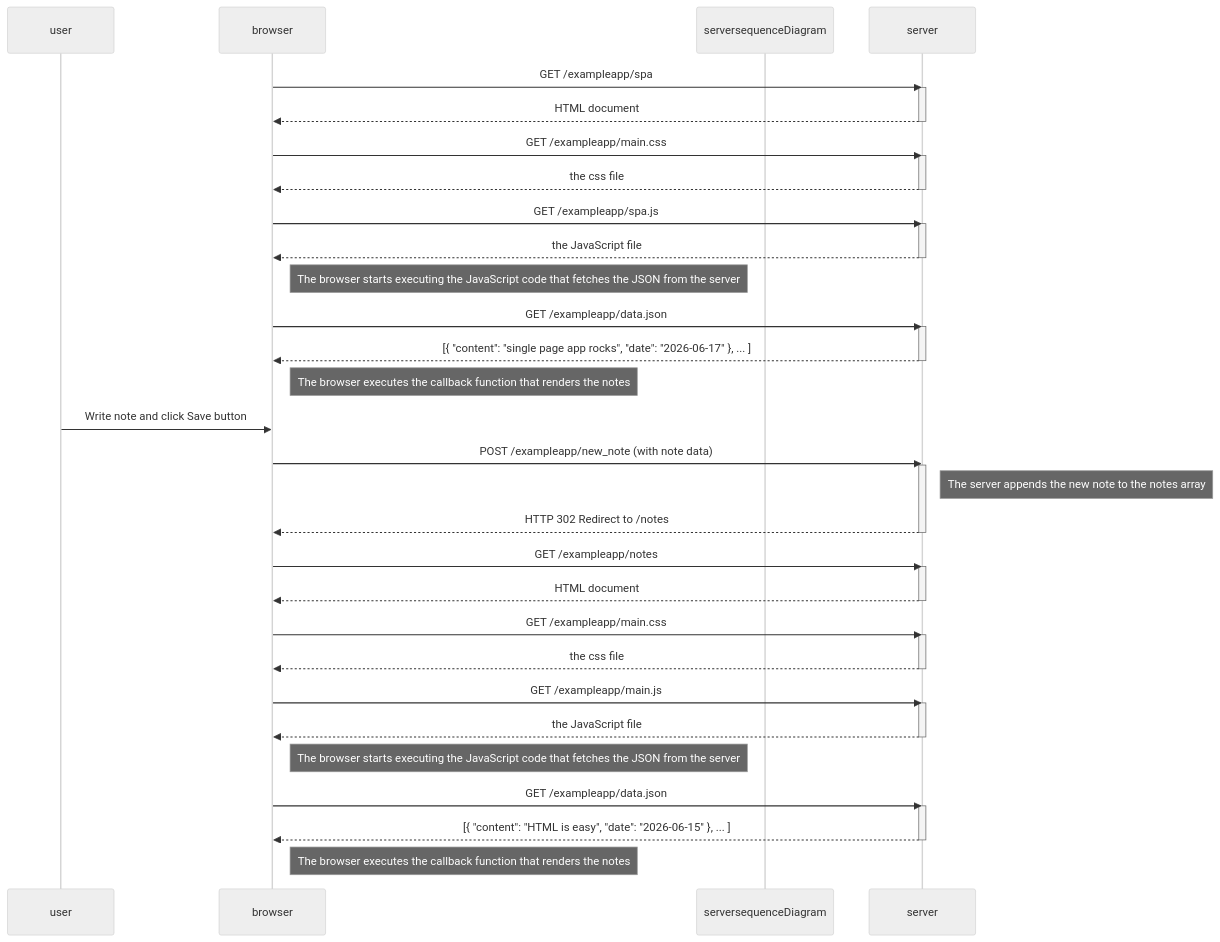
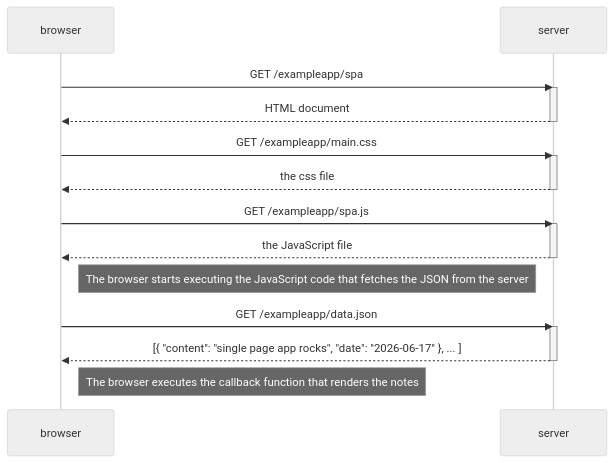
Before and after one commit to imjiiio/fullstackopen-exercises: the diagram in part0/0.5.md, drawn with Mermaid (neutral theme).

Commit message:
fix: editted file 0.5.md

````diff
--- a/part0/0.5.md
+++ b/part0/0.5.md
@@ -3,66 +3,30 @@
 ```mermaid
 sequenceDiagram
-    participant user
-    participant browser
-    participant serversequenceDiagram
     participant browser
     participant server
 
     browser->>server: GET /exampleapp/spa
     activate server
     server-->>browser: HTML document
     deactivate server
 
     browser->>server: GET /exampleapp/main.css
     activate server
     server-->>browser: the css file
     deactivate server
 
     browser->>server: GET /exampleapp/spa.js
     activate server
     server-->>browser: the JavaScript file
     deactivate server
 
     Note right of browser: The browser starts executing the JavaScript code that fetches the JSON from the server
 
     browser->>server: GET /exampleapp/data.json
     activate server
     server-->>browser: [{ "content": "single page app rocks", "date": "2026-06-17" }, ... ]
     deactivate server
 
     Note right of browser: The browser executes the callback function that renders the notes
 
-
-    user->>browser: Write note and click Save button
-    
-    browser->>server: POST /exampleapp/new_note (with note data)
-    activate server
-    Note right of server: The server appends the new note to the notes array
-    server-->>browser: HTTP 302 Redirect to /notes
-    deactivate server
-
-    browser->>server: GET /exampleapp/notes
-    activate server
-    server-->>browser: HTML document
-    deactivate server
-
-    browser->>server: GET /exampleapp/main.css
-    activate server
-    server-->>browser: the css file
-    deactivate server
-
-    browser->>server: GET /exampleapp/main.js
-    activate server
-    server-->>browser: the JavaScript file
-    deactivate server
-
-    Note right of browser: The browser starts executing the JavaScript code that fetches the JSON from the server
-
-    browser->>server: GET /exampleapp/data.json
-    activate server
-    server-->>browser: [{ "content": "HTML is easy", "date": "2026-06-15" }, ... ]
-    deactivate server
-
-    Note right of browser: The browser executes the callback function that renders the notes
-
 ```
````
